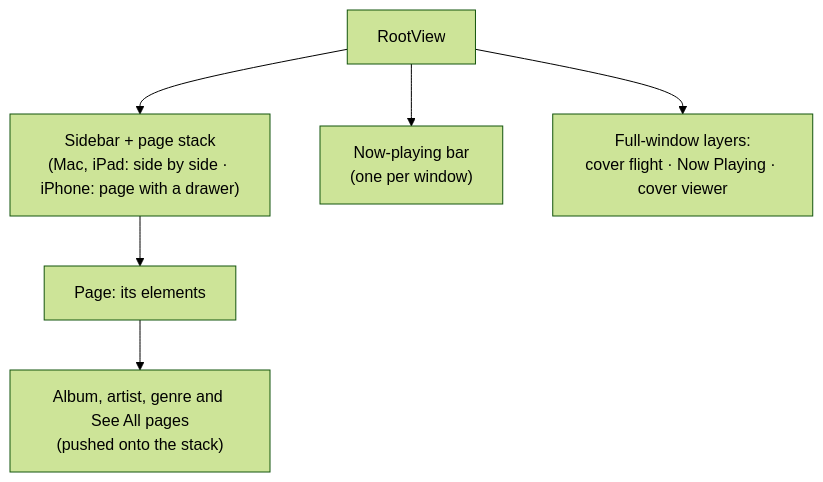
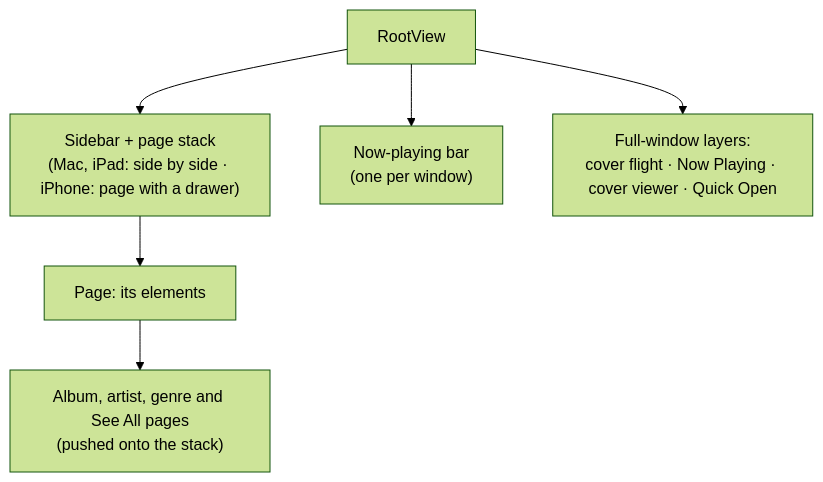
Before and after one commit to gouthamank/Beat: the fourth of 6 diagrams in ARCHITECTURE.md, drawn with Mermaid (forest theme). The commit also changed other lines of this file and 2 other files, not shown here.

````diff
--- a/ARCHITECTURE.md
+++ b/ARCHITECTURE.md
@@ -146,9 +152,9 @@
 ```mermaid
 flowchart TD
     root["RootView"]
     root --> split["Sidebar + page stack<br/>(Mac, iPad: side by side · iPhone: page with a drawer)"]
     root --> bar["Now-playing bar<br/>(one per window)"]
-    root --> layers["Full-window layers:<br/>cover flight · Now Playing · cover viewer"]
+    root --> layers["Full-window layers:<br/>cover flight · Now Playing · cover viewer · Quick Open"]
     split --> pagev["Page: its elements"]
     pagev --> detail["Album, artist, genre and See All pages<br/>(pushed onto the stack)"]
 ```
````
